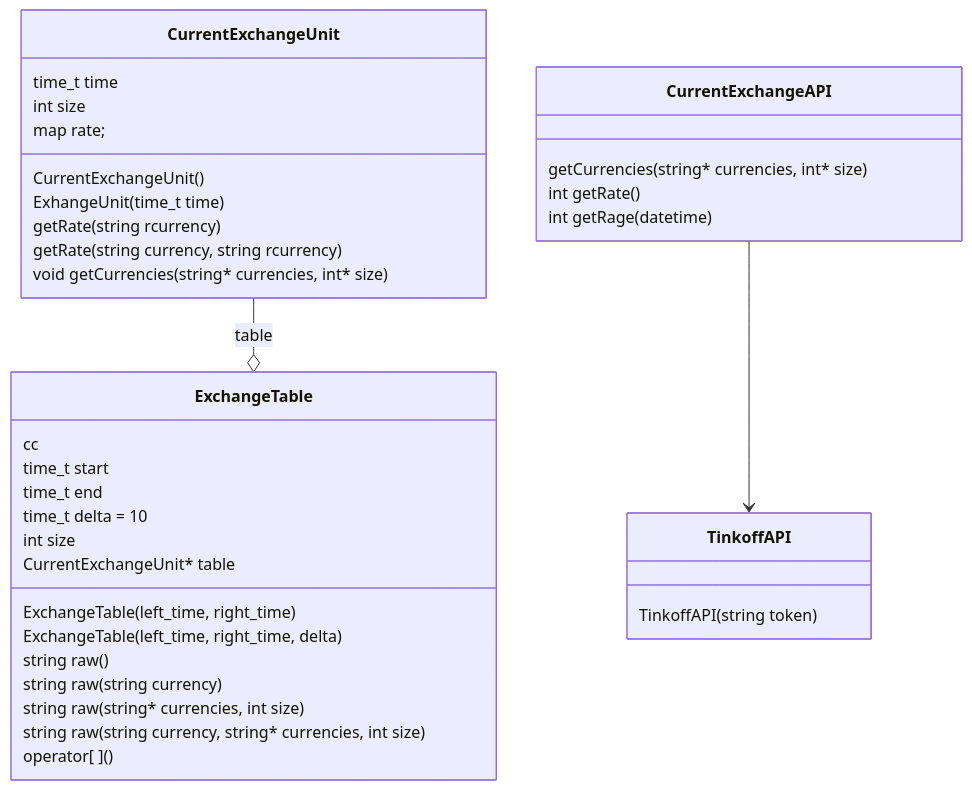
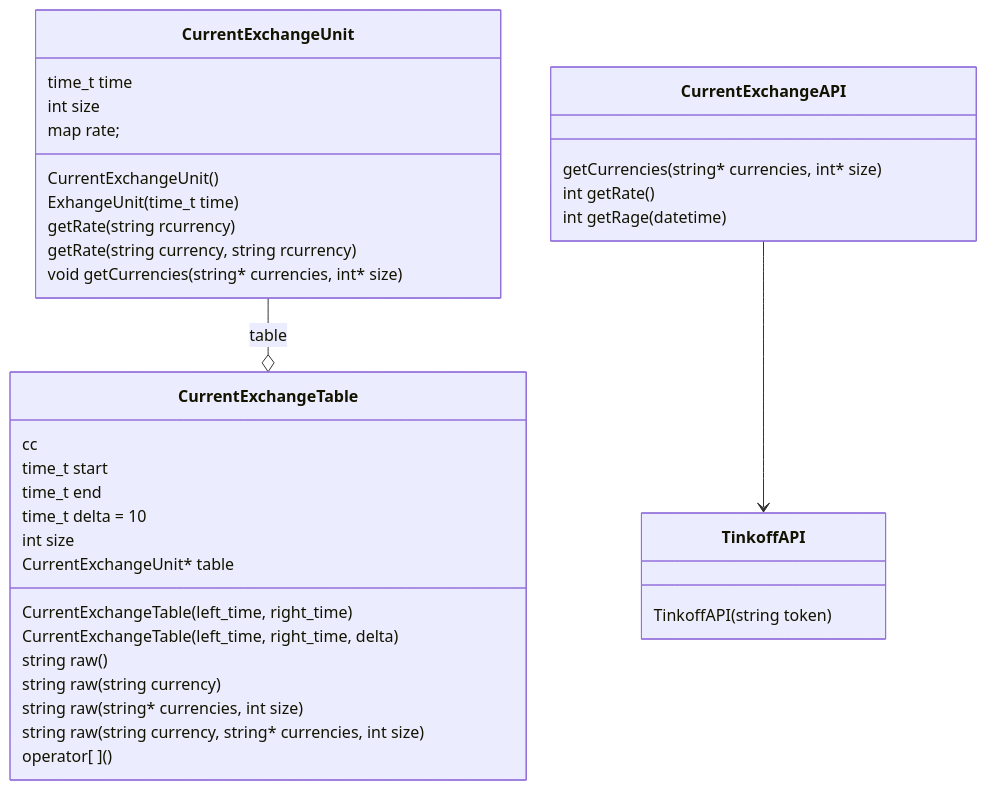
Before and after one commit to valyankilyan/Exchange-rate: the diagram in README.md, drawn with Mermaid. The commit also changed 2 other files, not shown here.

Commit message:
some changes

````diff
--- a/README.md
+++ b/README.md
@@ -40,50 +40,50 @@
 ``` mermaid
     classDiagram
     class  CurrentExchangeUnit {
         CurrentExchangeUnit()
         ExhangeUnit(time_t time)
 
         getRate(string rcurrency)
         getRate(string currency, string rcurrency)
 
         void getCurrencies(string* currencies, int* size)
 
         time_t time
         int size
         map <string, int> rate;
     }
 
-    class ExchangeTable {
-        ExchangeTable(left_time, right_time)
-        ExchangeTable(left_time, right_time, delta)
+    class CurrentExchangeTable {
+        CurrentExchangeTable(left_time, right_time)
+        CurrentExchangeTable(left_time, right_time, delta)
 
         string raw()
         string raw(string currency)
         string raw(string* currencies, int size)
         string raw(string currency, string* currencies, int size)
         cc
 
         operator[ ]()
 
         time_t start
         time_t end
         time_t delta = 10
         int size
         CurrentExchangeUnit* table
     }
 
     class CurrentExchangeAPI {
         getCurrencies(string* currencies, int* size)
         int getRate()
         int getRage(datetime)
     }
 
     class TinkoffAPI {
         TinkoffAPI(string token)
     }
 
     CurrentExchangeAPI --> TinkoffAPI
     
 
-    CurrentExchangeUnit --o ExchangeTable : table
+    CurrentExchangeUnit --o CurrentExchangeTable : table
 ```
````
